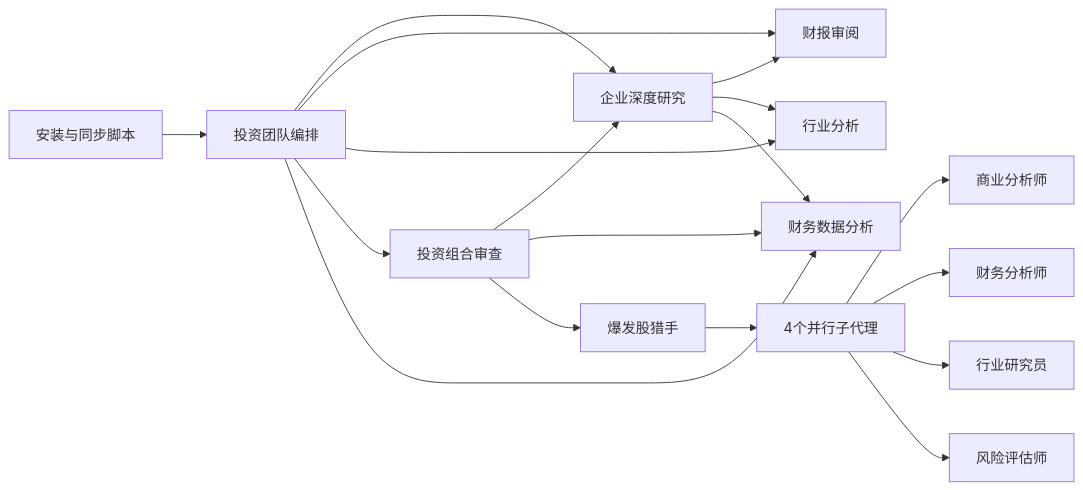
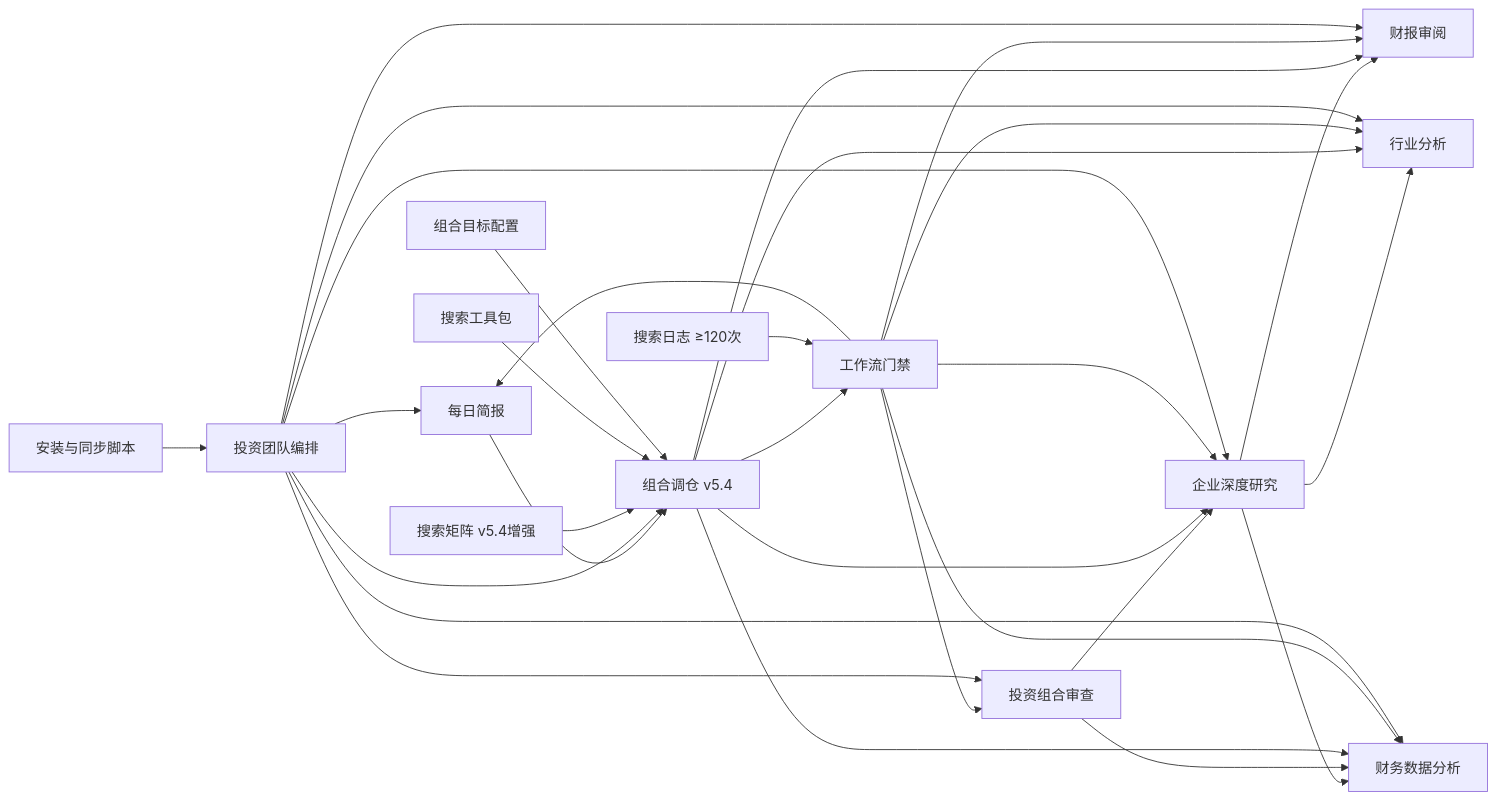
Before and after one commit to Ted-Engineer/ai-berkshire: the fourth of 4 diagrams in .qoder/repowiki/zh/content/AI技能系统/核心投资研究技能/核心投资研究技能.md, drawn with Mermaid. The commit also changed other lines of this file and 87 other files, not shown here.

````diff
--- a/.qoder/repowiki/zh/content/AI技能系统/核心投资研究技能/核心投资研究技能.md
+++ b/.qoder/repowiki/zh/content/AI技能系统/核心投资研究技能/核心投资研究技能.md
@@ -438,20 +628,32 @@
 ```mermaid
 graph LR
 IR["企业深度研究"] --> ER["财报审阅"]
 IR --> IRR["行业分析"]
 IR --> FD["财务数据分析"]
 PR["投资组合审查"] --> IR
 PR --> FD
-PR --> BH["爆发股猎手"]
-BH --> OA["4个并行子代理"]
-OA --> BA["商业分析师"]
-OA --> FA["财务分析师"]
-OA --> IA["行业研究员"]
-OA --> RA["风险评估师"]
+DB["每日简报"] --> PB["组合调仓 v5.4"]
+PB --> IR
+PB --> ER
+PB --> IRR
+PB --> FD
+PB --> WG["工作流门禁"]
+WG --> IR
+WG --> ER
+WG --> IRR
+WG --> PR
+WG --> FD
+WG --> DB
 IT["投资团队编排"] --> IR
 IT --> ER
 IT --> IRR
 IT --> PR
 IT --> FD
+IT --> DB
+IT --> PB
 SYNC["安装与同步脚本"] --> IT
+SM["搜索矩阵 v5.4增强"] --> PB
+ST["搜索工具包"] --> PB
+SL["搜索日志 ≥120次"] --> WG
+PT["组合目标配置"] --> PB
 ```
````
